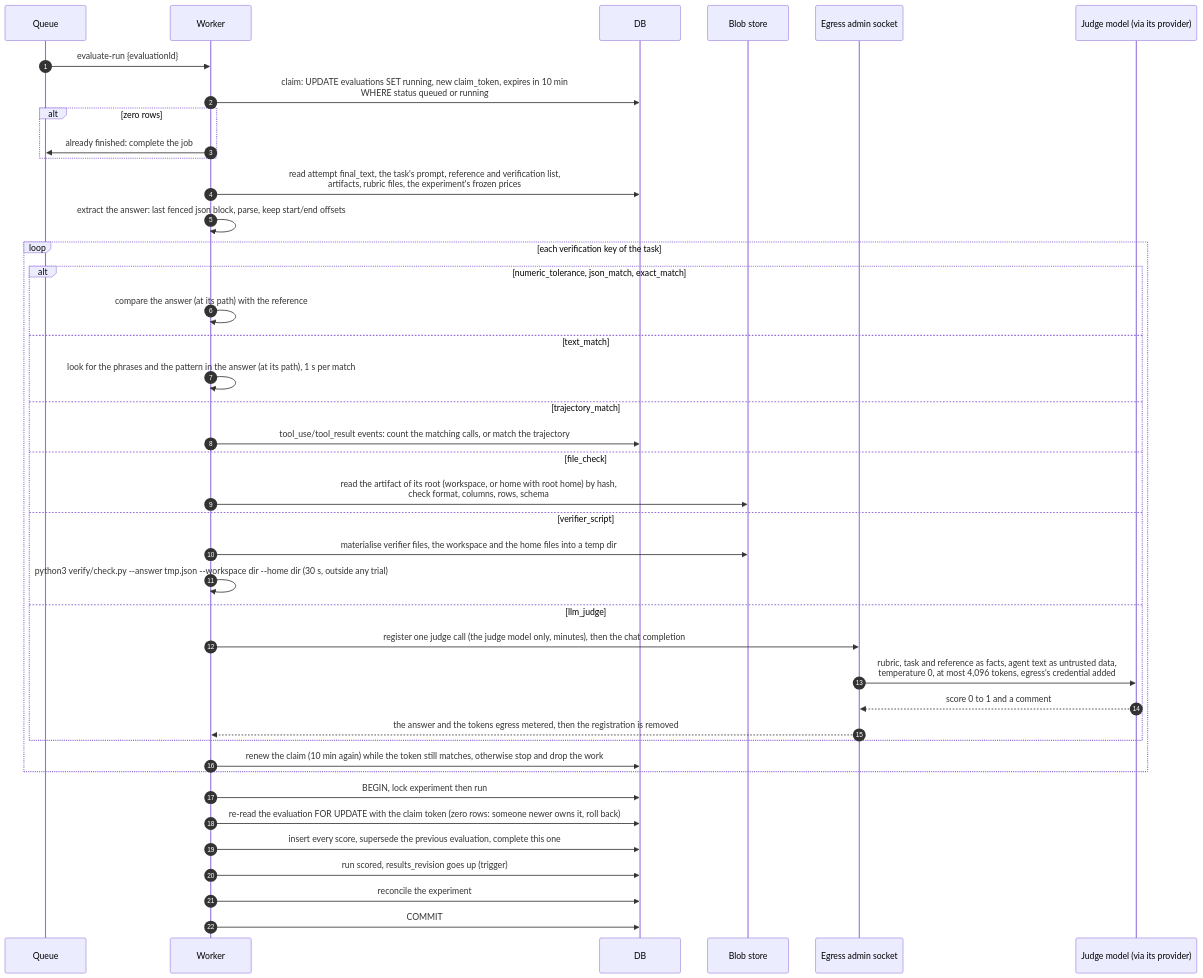
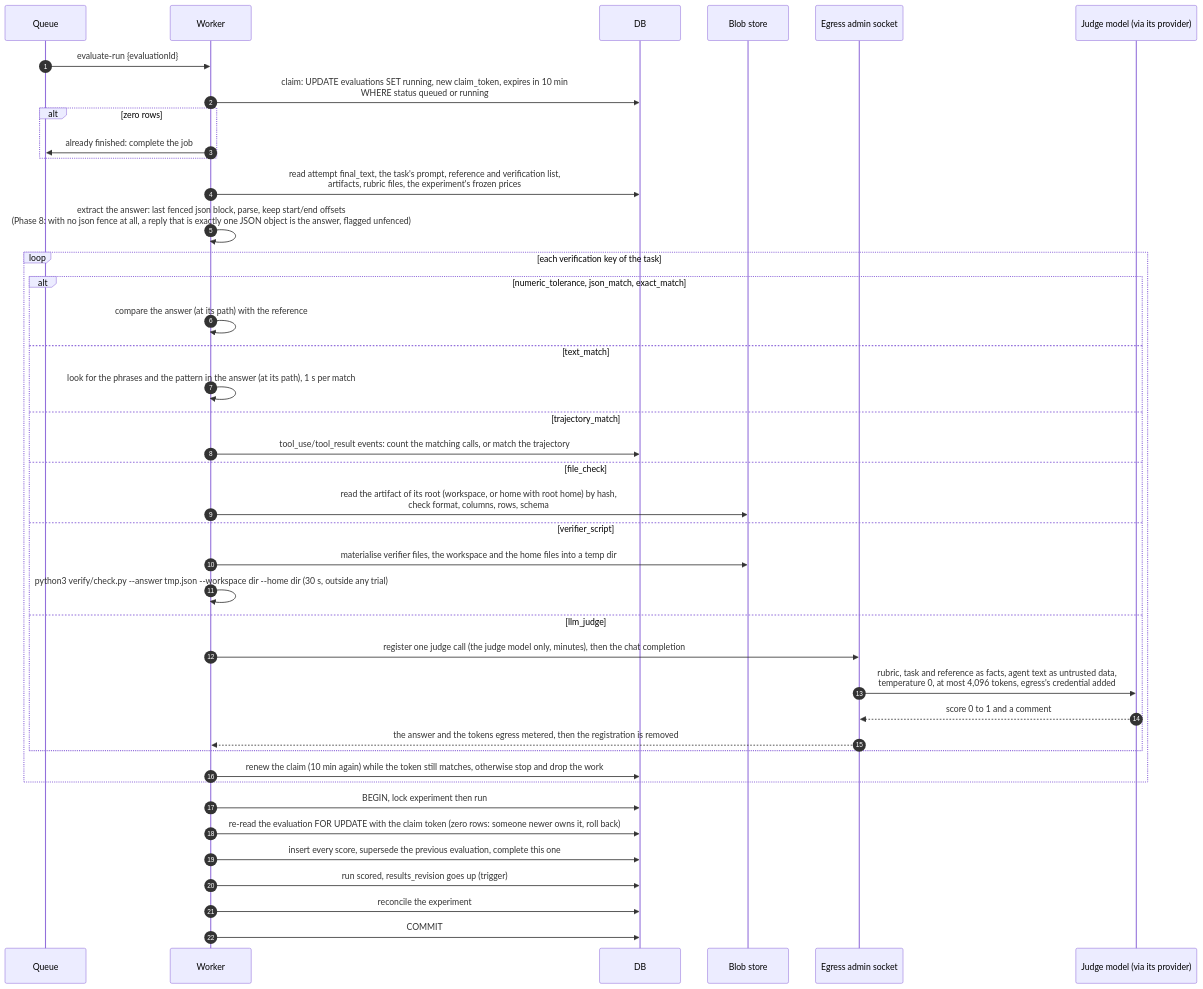
Before and after one commit to sasuke007/hermes-evals: diagram 41 of 49 in UI_FLOWS.md, drawn with Mermaid. The commit also changed other lines of this file and 146 other files, not shown here.

````diff
--- a/UI_FLOWS.md
+++ b/UI_FLOWS.md
@@ -1429,44 +1531,44 @@
 ```mermaid
 sequenceDiagram
   autonumber
   participant Q as Queue
   participant WK as Worker
   participant DB as DB
   participant B as Blob store
   participant E as Egress admin socket
   participant J as Judge model (via its provider)
 
   Q->>WK: evaluate-run {evaluationId}
   WK->>DB: claim: UPDATE evaluations SET running, new claim_token, expires in 10 min<br/>WHERE status queued or running
   alt zero rows
     WK->>Q: already finished: complete the job
   end
   WK->>DB: read attempt final_text, the task's prompt, reference and verification list,<br/>artifacts, rubric files, the experiment's frozen prices
-  WK->>WK: extract the answer: last fenced json block, parse, keep start/end offsets
+  WK->>WK: extract the answer: last fenced json block, parse, keep start/end offsets<br/>(Phase 8: with no json fence at all, a reply that is exactly one JSON object is the answer, flagged unfenced)
   loop each verification key of the task
     alt numeric_tolerance, json_match, exact_match
       WK->>WK: compare the answer (at its path) with the reference
     else text_match
       WK->>WK: look for the phrases and the pattern in the answer (at its path), 1 s per match
     else trajectory_match
       WK->>DB: tool_use/tool_result events: count the matching calls, or match the trajectory
     else file_check
       WK->>B: read the artifact of its root (workspace, or home with root home) by hash,<br/>check format, columns, rows, schema
     else verifier_script
       WK->>B: materialise verifier files, the workspace and the home files into a temp dir
       WK->>WK: python3 verify/check.py --answer tmp.json --workspace dir --home dir (30 s, outside any trial)
     else llm_judge
       WK->>E: register one judge call (the judge model only, minutes), then the chat completion
       E->>J: rubric, task and reference as facts, agent text as untrusted data,<br/>temperature 0, at most 4,096 tokens, egress's credential added
       J-->>E: score 0 to 1 and a comment
       E-->>WK: the answer and the tokens egress metered, then the registration is removed
     end
     WK->>DB: renew the claim (10 min again) while the token still matches, otherwise stop and drop the work
   end
   WK->>DB: BEGIN, lock experiment then run
   WK->>DB: re-read the evaluation FOR UPDATE with the claim token (zero rows: someone newer owns it, roll back)
   WK->>DB: insert every score, supersede the previous evaluation, complete this one
   WK->>DB: run scored, results_revision goes up (trigger)
   WK->>DB: reconcile the experiment
   WK->>DB: COMMIT
 ```
````
